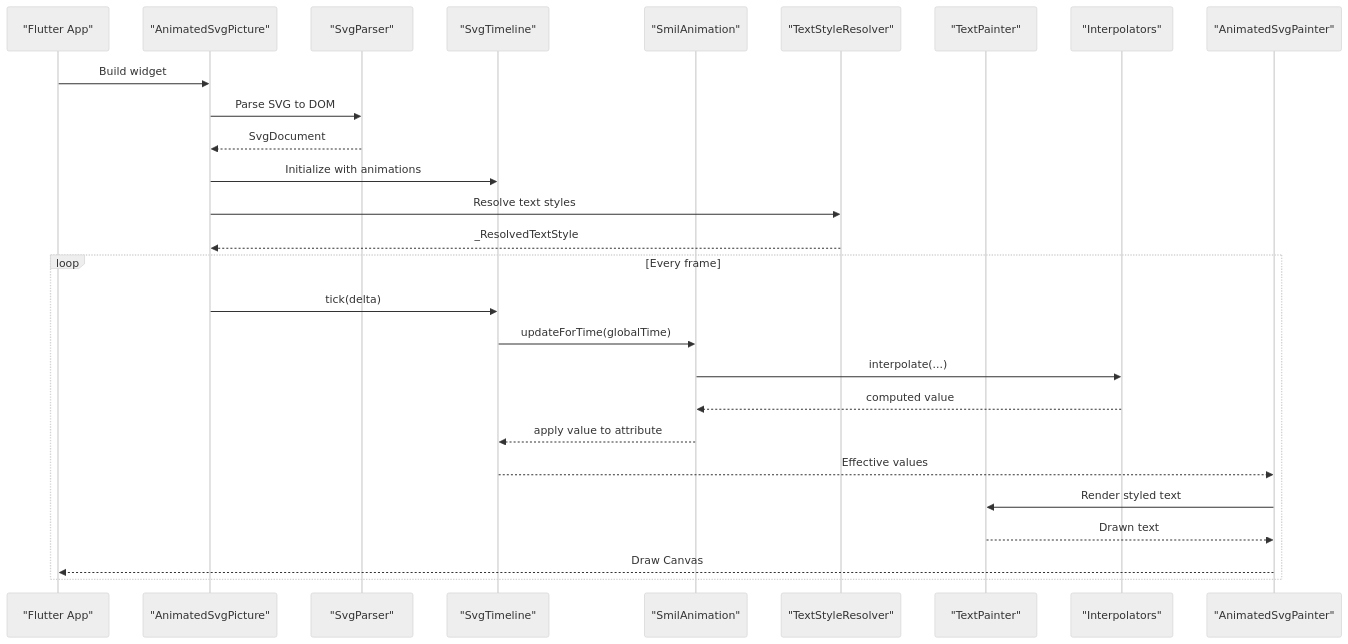
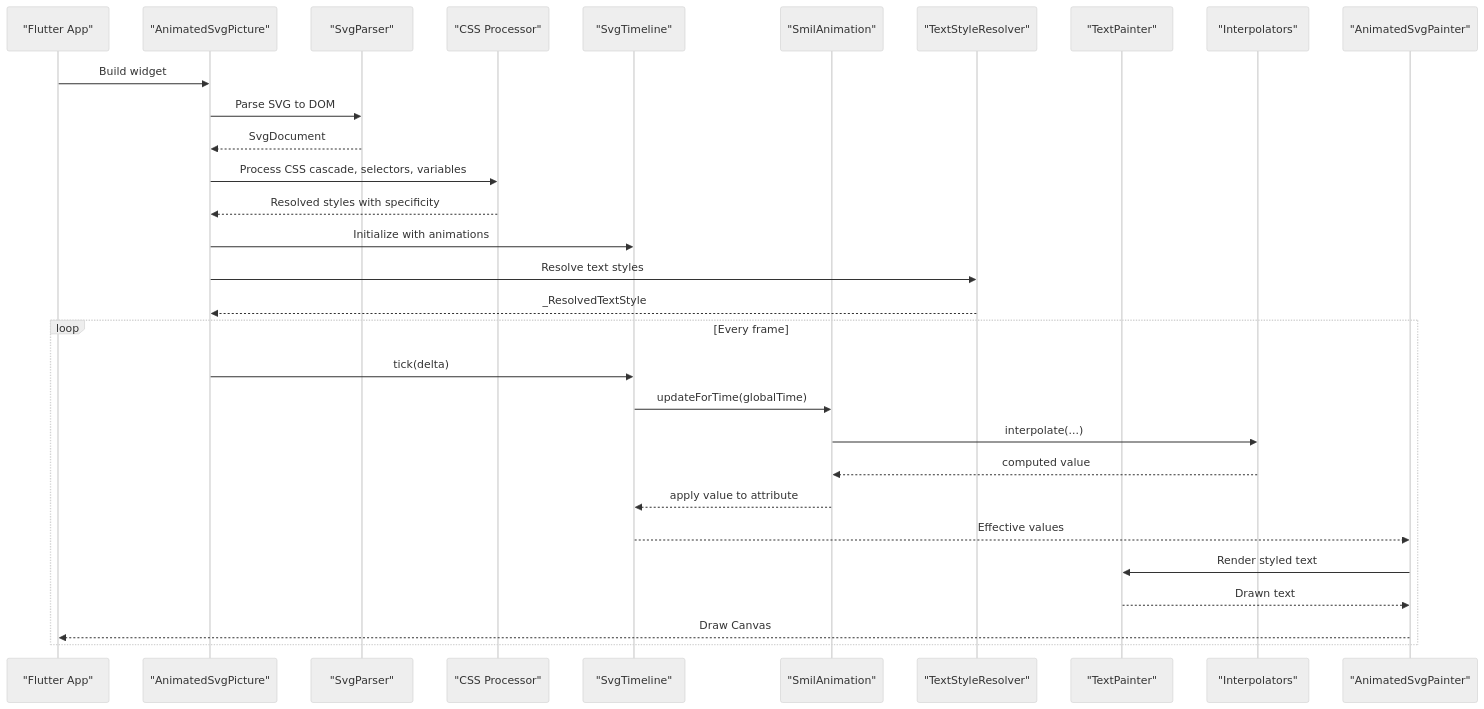
Before and after one commit to denisnadey/flutter_full_svg_support: the second of 15 diagrams in .qoder/repowiki/en/content/Animated SVG Support/Advanced Animation Features/Advanced Animation Features.md, drawn with Mermaid (neutral theme). The commit also changed other lines of this file and 39 other files, not shown here.

````diff
--- a/.qoder/repowiki/en/content/Animated SVG Support/Advanced Animation Features/Advanced Animation Features.md
+++ b/.qoder/repowiki/en/content/Animated SVG Support/Advanced Animation Features/Advanced Animation Features.md
@@ -179,29 +240,32 @@
 ```mermaid
 sequenceDiagram
 participant App as "Flutter App"
 participant Picture as "AnimatedSvgPicture"
 participant Parser as "SvgParser"
+participant CssProcessor as "CSS Processor"
 participant Timeline as "SvgTimeline"
 participant Anim as "SmilAnimation"
 participant TextStyle as "TextStyleResolver"
 participant TextPaint as "TextPainter"
 participant Interp as "Interpolators"
 participant Renderer as "AnimatedSvgPainter"
 App->>Picture : Build widget
 Picture->>Parser : Parse SVG to DOM
 Parser-->>Picture : SvgDocument
+Picture->>CssProcessor : Process CSS cascade, selectors, variables
+CssProcessor-->>Picture : Resolved styles with specificity
 Picture->>Timeline : Initialize with animations
 Picture->>TextStyle : Resolve text styles
 TextStyle-->>Picture : _ResolvedTextStyle
 loop Every frame
 Picture->>Timeline : tick(delta)
 Timeline->>Anim : updateForTime(globalTime)
 Anim->>Interp : interpolate(...)
 Interp-->>Anim : computed value
 Anim-->>Timeline : apply value to attribute
 Timeline-->>Renderer : Effective values
 Renderer->>TextPaint : Render styled text
 TextPaint-->>Renderer : Drawn text
 Renderer-->>App : Draw Canvas
 end
 ```
````
